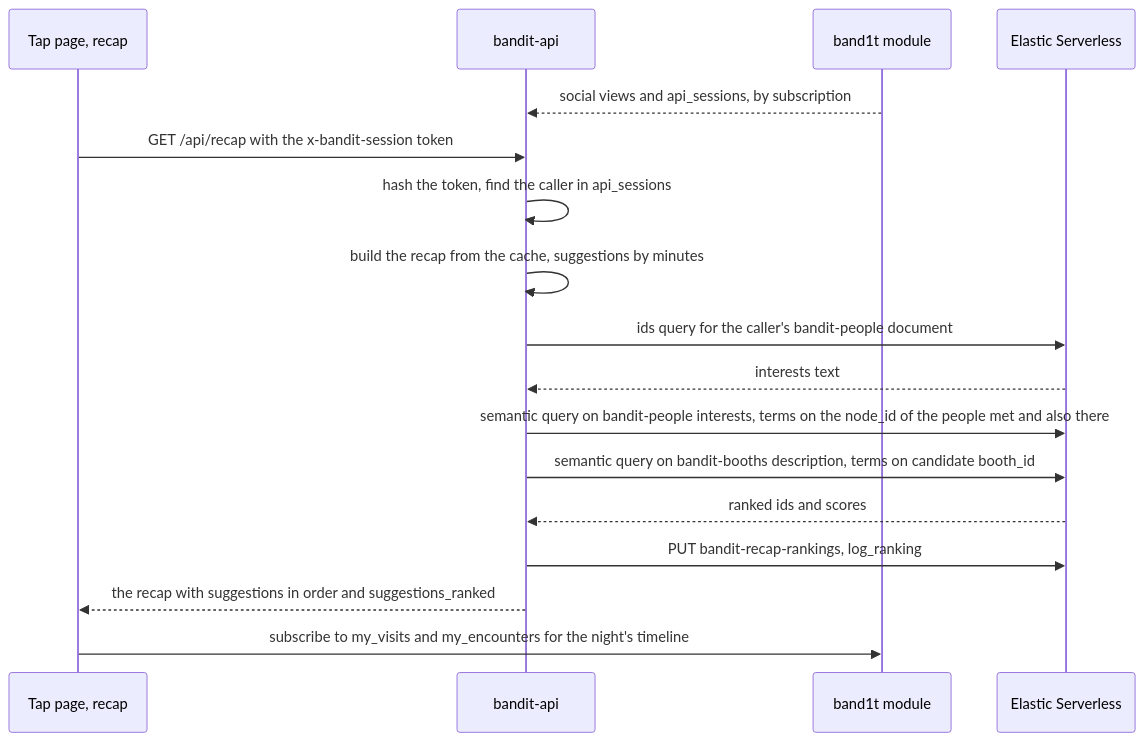
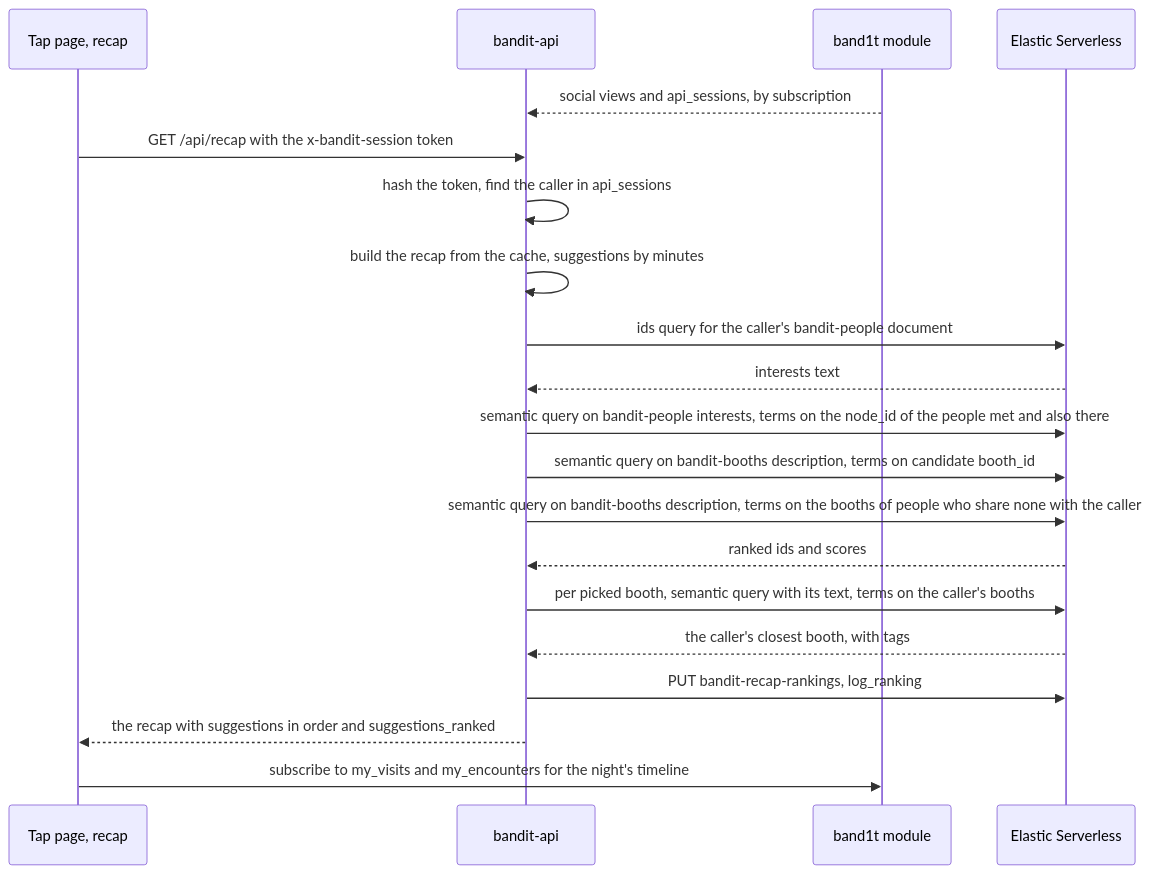
One commit to viktorinkov/cal-hacks-13 changed the sixth of 8 diagrams in System Design/7-integrations/Elastic.md. Above: the diagram before and after it, drawn with Mermaid. The commit also changed other lines of this file and 2 other files, not shown here.

````diff
--- a/System Design/7-integrations/Elastic.md
+++ b/System Design/7-integrations/Elastic.md
@@ -555,19 +556,22 @@
 ```mermaid
 sequenceDiagram
   participant APP as Tap page, recap
   participant API as bandit-api
   participant STDB as band1t module
   participant ES as Elastic Serverless
   STDB-->>API: social views and api_sessions, by subscription
   APP->>API: GET /api/recap with the x-bandit-session token
   API->>API: hash the token, find the caller in api_sessions
   API->>API: build the recap from the cache, suggestions by minutes
   API->>ES: ids query for the caller's bandit-people document
   ES-->>API: interests text
   API->>ES: semantic query on bandit-people interests, terms on the node_id of the people met and also there
   API->>ES: semantic query on bandit-booths description, terms on candidate booth_id
+  API->>ES: semantic query on bandit-booths description, terms on the booths of people who share none with the caller
   ES-->>API: ranked ids and scores
+  API->>ES: per picked booth, semantic query with its text, terms on the caller's booths
+  ES-->>API: the caller's closest booth, with tags
   API->>ES: PUT bandit-recap-rankings, log_ranking
   API-->>APP: the recap with suggestions in order and suggestions_ranked
   APP->>STDB: subscribe to my_visits and my_encounters for the night's timeline
 ```
````
